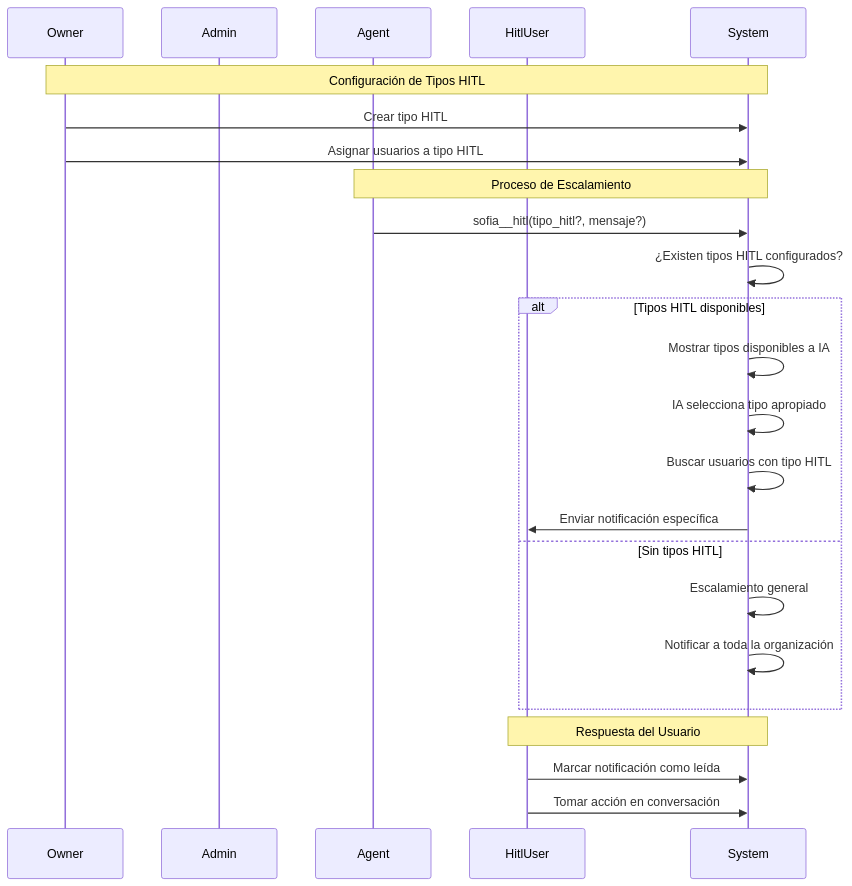
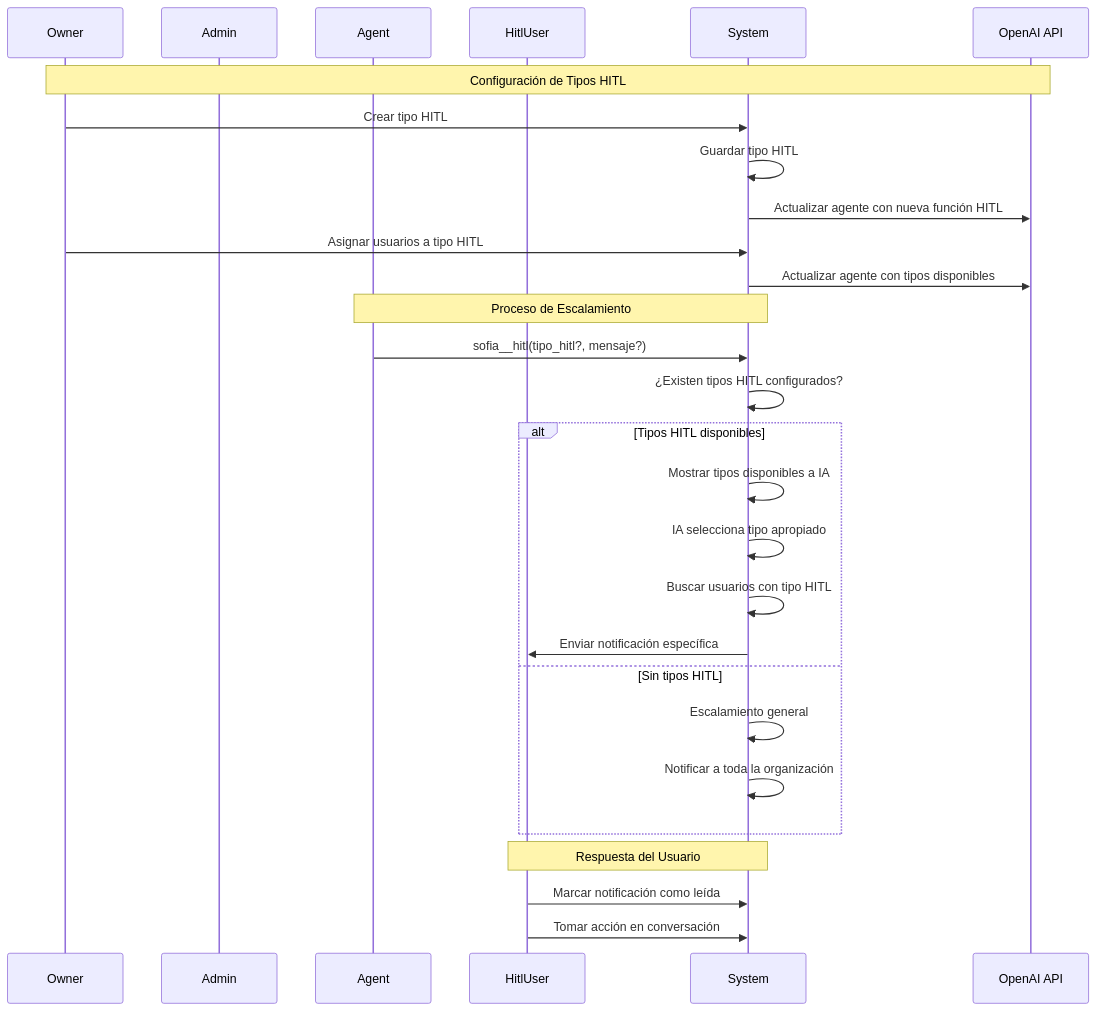
Before and after one commit to ConverxaDevTeam/chat-backend: the diagram in docu/hitl_notifications_use_case.md, drawn with Mermaid. The commit also changed other lines of this file and 17 other files, not shown here.

````diff
--- a/docu/hitl_notifications_use_case.md
+++ b/docu/hitl_notifications_use_case.md
@@ -8,29 +8,33 @@
 ```mermaid
 sequenceDiagram
     participant Owner
     participant Admin
     participant Agent
     participant HitlUser
     participant System
+    participant OpenAI as OpenAI API
 
-    Note over Owner, System: Configuración de Tipos HITL
+    Note over Owner, OpenAI: Configuración de Tipos HITL
     Owner->>System: Crear tipo HITL
+    System->>System: Guardar tipo HITL
+    System->>OpenAI: Actualizar agente con nueva función HITL
     Owner->>System: Asignar usuarios a tipo HITL
+    System->>OpenAI: Actualizar agente con tipos disponibles
     
     Note over Agent, System: Proceso de Escalamiento
     Agent->>System: sofia__hitl(tipo_hitl?, mensaje?)
     System->>System: ¿Existen tipos HITL configurados?
     alt Tipos HITL disponibles
         System->>System: Mostrar tipos disponibles a IA
         System->>System: IA selecciona tipo apropiado
         System->>System: Buscar usuarios con tipo HITL
         System->>HitlUser: Enviar notificación específica
     else Sin tipos HITL
         System->>System: Escalamiento general
         System->>System: Notificar a toda la organización
     end
     
     Note over HitlUser, System: Respuesta del Usuario
     HitlUser->>System: Marcar notificación como leída
     HitlUser->>System: Tomar acción en conversación
 ```
````
